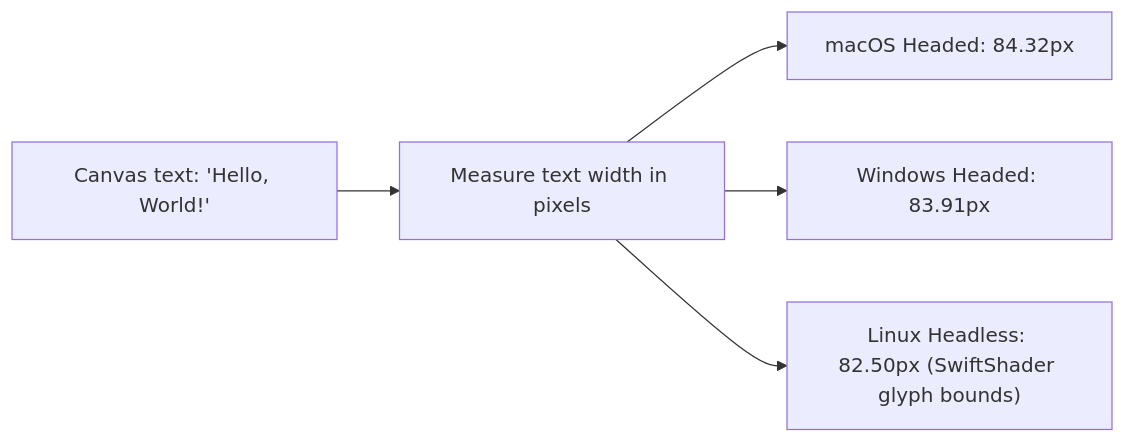
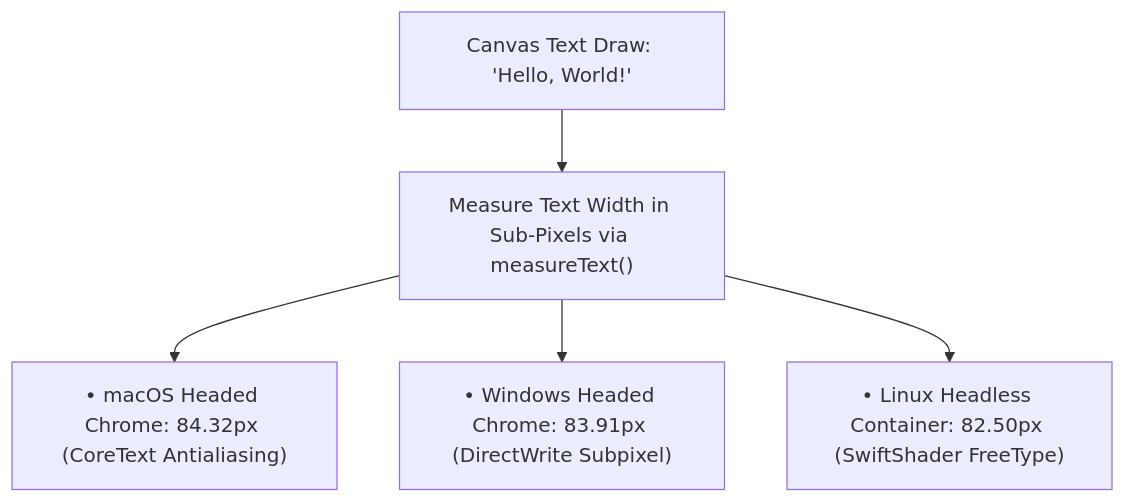
Before and after one commit to naimurhasan/naimurhasan.github.io: the third of 3 diagrams in _posts/2026-10-11-headless-chrome-vs-headed-chrome.md, drawn with Mermaid. The commit also changed other lines of this file and 28 other files, not shown here.

Commit message:
fix(blog): refactor all Mermaid diagrams to vertical legible layouts and restore in-body illustrations

````diff
--- a/_posts/2026-10-11-headless-chrome-vs-headed-chrome.md
+++ b/_posts/2026-10-11-headless-chrome-vs-headed-chrome.md
@@ -111,7 +115,7 @@
 ```mermaid
-flowchart LR
-  Text["Canvas text: 'Hello, World!'"] --> Render["Measure text width in pixels"]
-  Render --> M1["macOS Headed: 84.32px"]
-  Render --> M2["Windows Headed: 83.91px"]
-  Render --> M3["Linux Headless: 82.50px (SwiftShader glyph bounds)"]
+flowchart TD
+  Text["Canvas Text Draw: 'Hello, World!'"] --> Render["Measure Text Width in Sub-Pixels via measureText()"]
+  Render --> M1["• macOS Headed Chrome: 84.32px (CoreText Antialiasing)"]
+  Render --> M2["• Windows Headed Chrome: 83.91px (DirectWrite Subpixel)"]
+  Render --> M3["• Linux Headless Container: 82.50px (SwiftShader FreeType)"]
 ```
````
